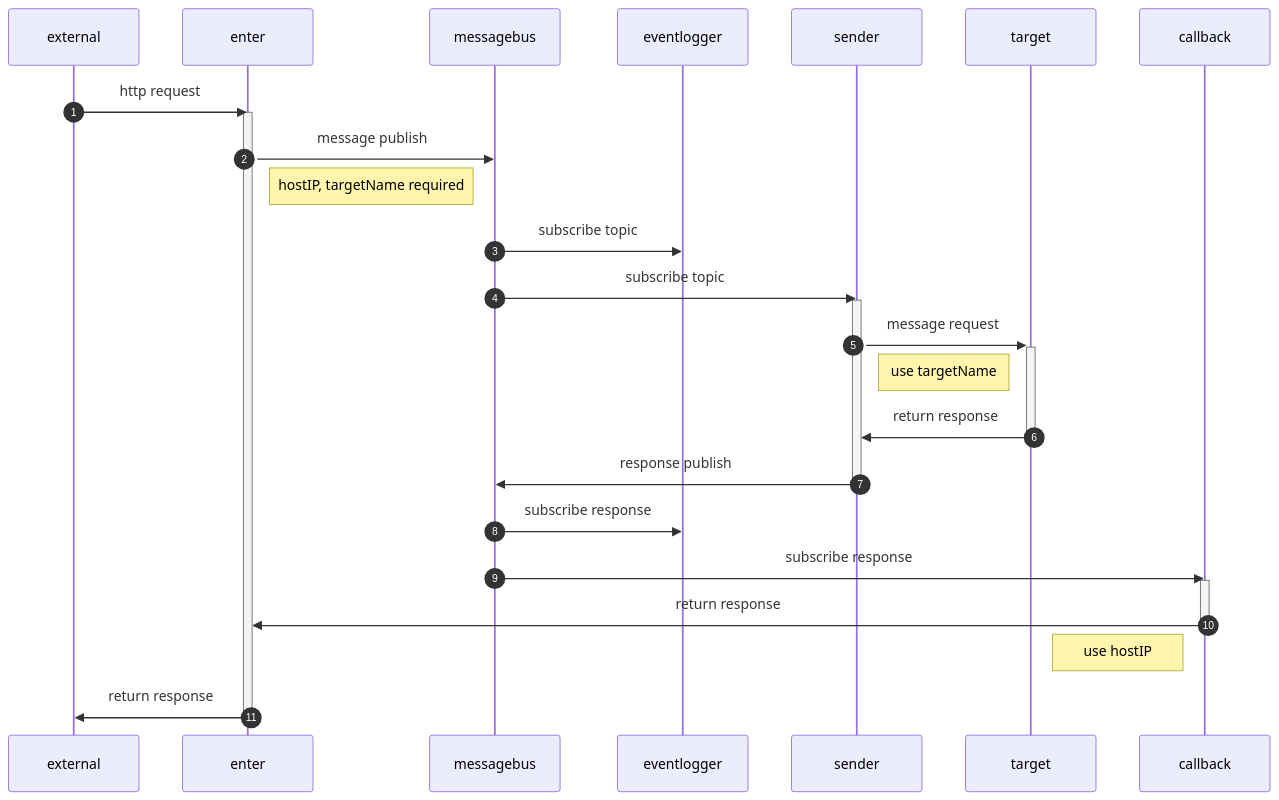
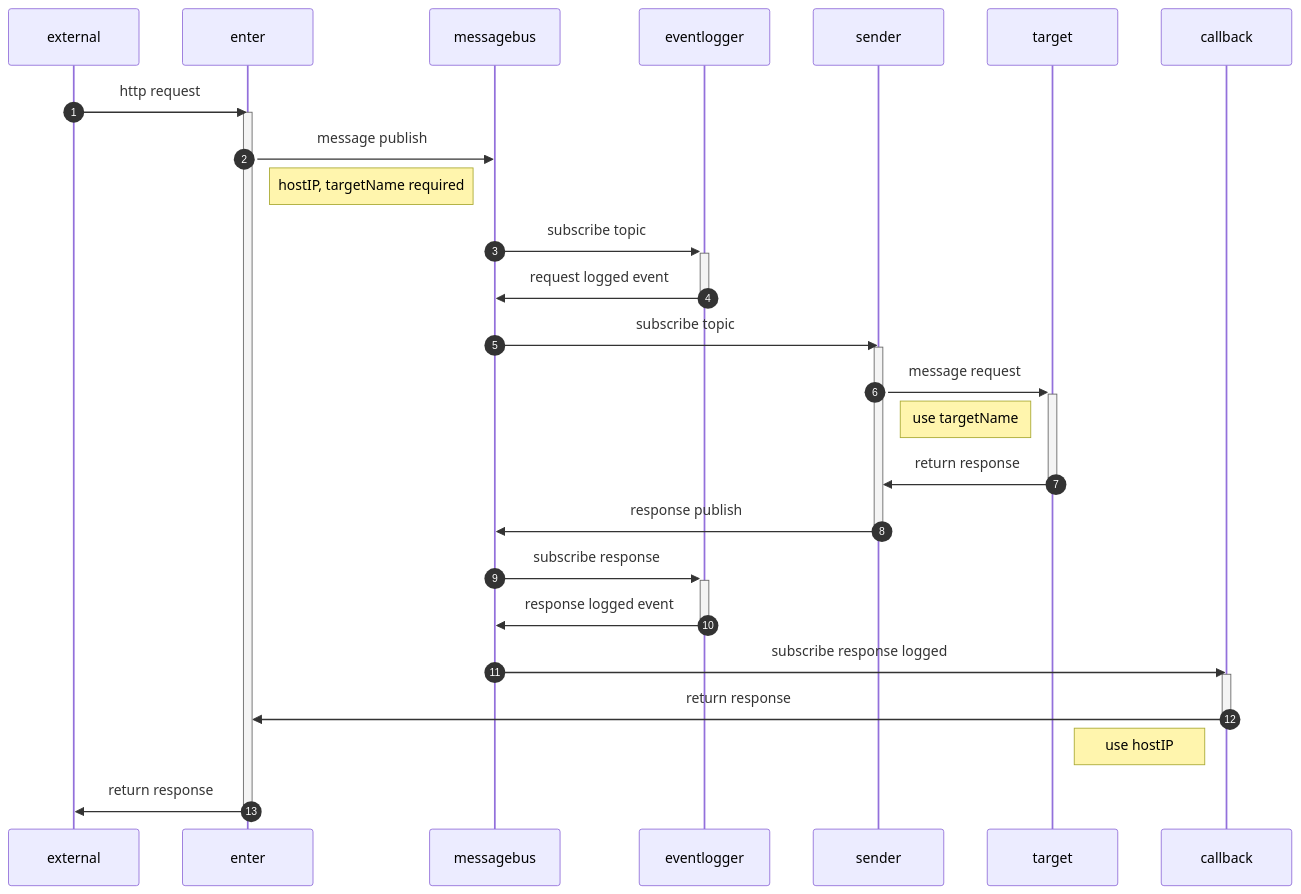
One commit to kineung-us/nydus changed the diagram in README.md. Above: the diagram before and after it, drawn with Mermaid. The commit also changed 8 other files, not shown here.

````diff
--- a/README.md
+++ b/README.md
@@ -39,24 +39,26 @@
 ```mermaid
 sequenceDiagram
   autonumber
   external ->> enter: http request
   activate enter
   enter ->> messagebus: message publish
   Note right of enter: hostIP, targetName required
-  messagebus ->> eventlogger: subscribe topic
+  messagebus ->>+ eventlogger: subscribe topic
+  eventlogger ->>- messagebus: request logged event
   messagebus ->> sender: subscribe topic
   activate sender
   sender ->>+ target: message request
   Note right of sender: use targetName
   target ->>- sender: return response
   sender ->> messagebus: response publish
   deactivate sender
-  messagebus ->> eventlogger: subscribe response
-  messagebus ->> callback: subscribe response
+  messagebus ->>+ eventlogger: subscribe response
+  eventlogger ->>- messagebus: response logged event
+  messagebus ->> callback: subscribe response logged
   activate callback
   callback ->> enter: return response
   deactivate callback
   Note left of callback: use hostIP
   enter ->> external: return response
   deactivate enter
 ```
````
